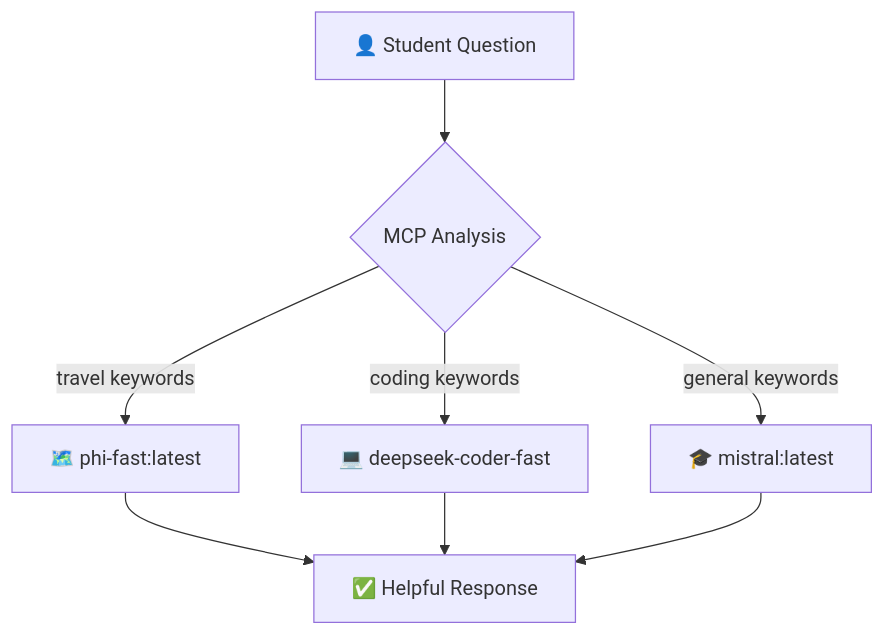
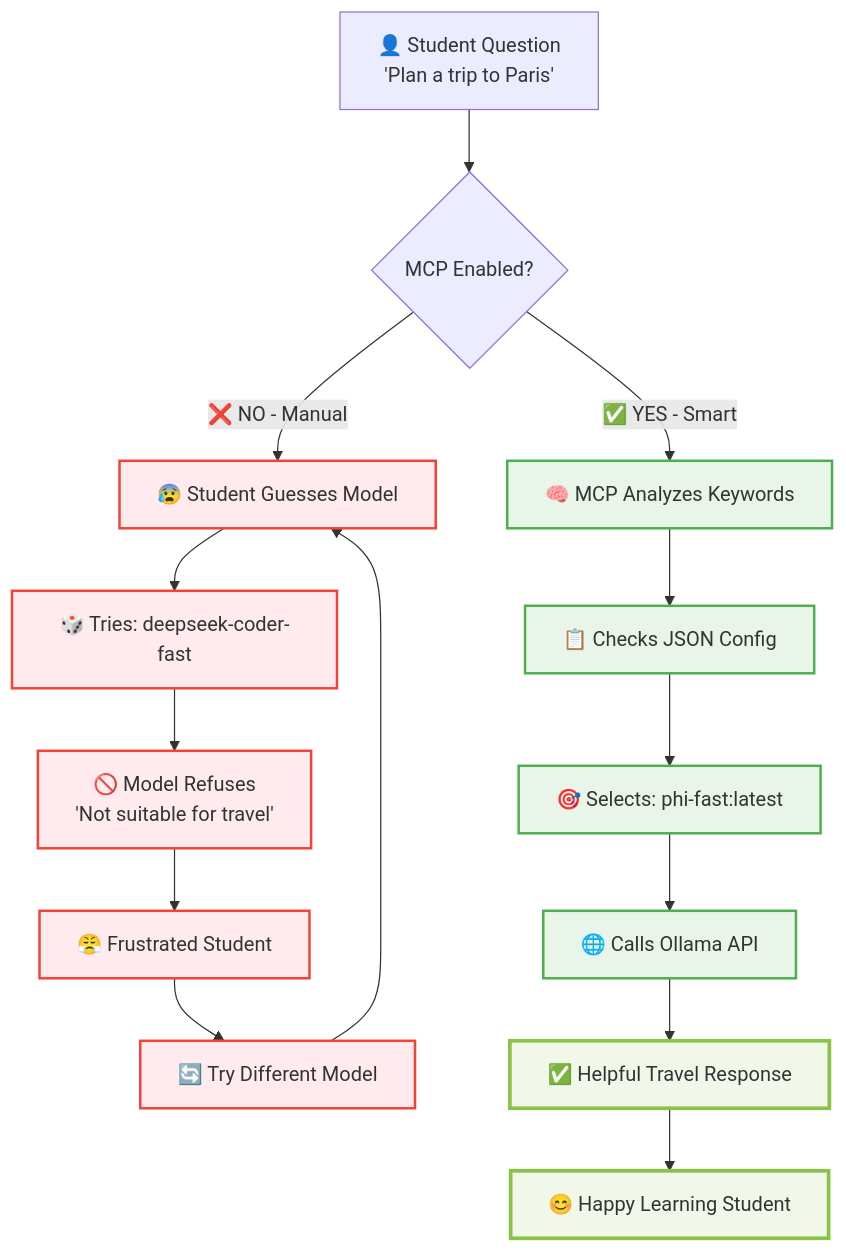
Before and after one commit to manikcloud/ai-learning-path: the diagram in Session-8-MCP-Visual-Examples/README.md, drawn with Mermaid. The commit also changed other lines of this file, not shown here.

Commit message:
Expand README with detailed step-by-step MCP learning journey

````diff
--- a/Session-8-MCP-Visual-Examples/README.md
+++ b/Session-8-MCP-Visual-Examples/README.md
@@ -58,12 +195,29 @@
 ```mermaid
 graph TD
-    A[👤 Student Question] --> B{MCP Analysis}
+    A[👤 Student Question<br/>'Plan a trip to Paris'] --> B{MCP Enabled?}
     
-    B -->|travel keywords| C[🗺️ phi-fast:latest]
-    B -->|coding keywords| D[💻 deepseek-coder-fast]  
-    B -->|general keywords| E[🎓 mistral:latest]
+    %% Before MCP Path (The Problem)
+    B -->|❌ NO - Manual| C[😰 Student Guesses Model]
+    C --> D[🎲 Tries: deepseek-coder-fast]
+    D --> E[🚫 Model Refuses<br/>'Not suitable for travel']
+    E --> F[😤 Frustrated Student]
+    F --> G[🔄 Try Different Model]
+    G --> C
     
-    C --> F[✅ Helpful Response]
-    D --> F
-    E --> F
+    %% After MCP Path (The Solution)
+    B -->|✅ YES - Smart| H[🧠 MCP Analyzes Keywords]
+    H --> I[📋 Checks JSON Config]
+    I --> J[🎯 Selects: phi-fast:latest]
+    J --> K[🌐 Calls Ollama API]
+    K --> L[✅ Helpful Travel Response]
+    L --> M[😊 Happy Learning Student]
+    
+    %% Styling
+    classDef problem fill:#ffebee,stroke:#f44336,stroke-width:2px
+    classDef solution fill:#e8f5e8,stroke:#4caf50,stroke-width:2px
+    classDef success fill:#f1f8e9,stroke:#8bc34a,stroke-width:3px
+    
+    class C,D,E,F,G problem
+    class H,I,J,K solution
+    class L,M success
 ```
````
